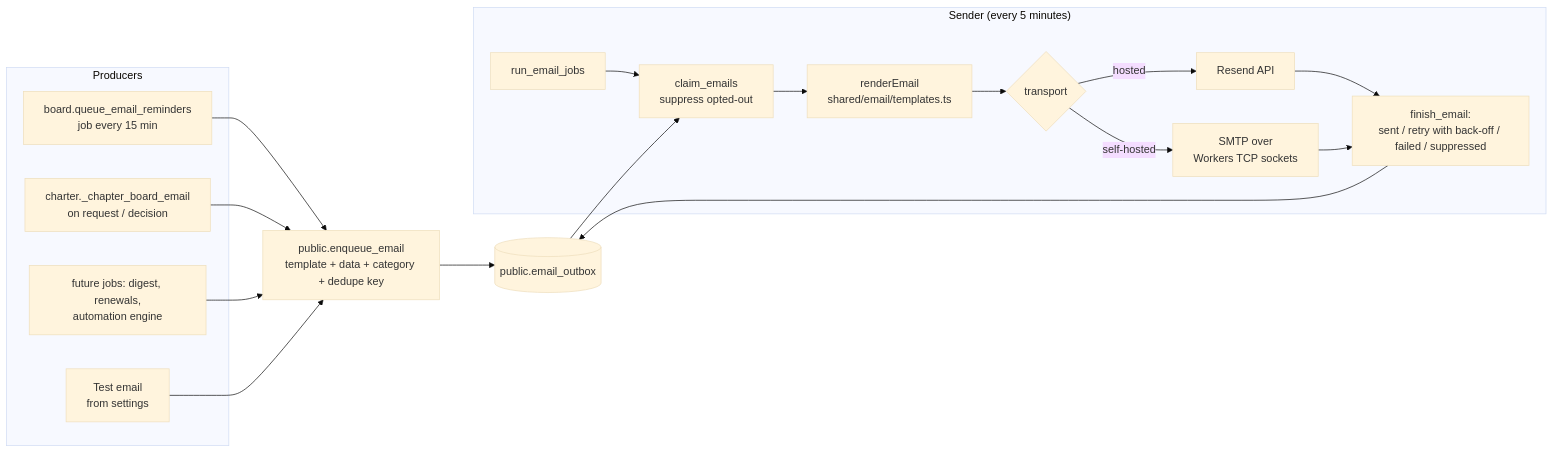
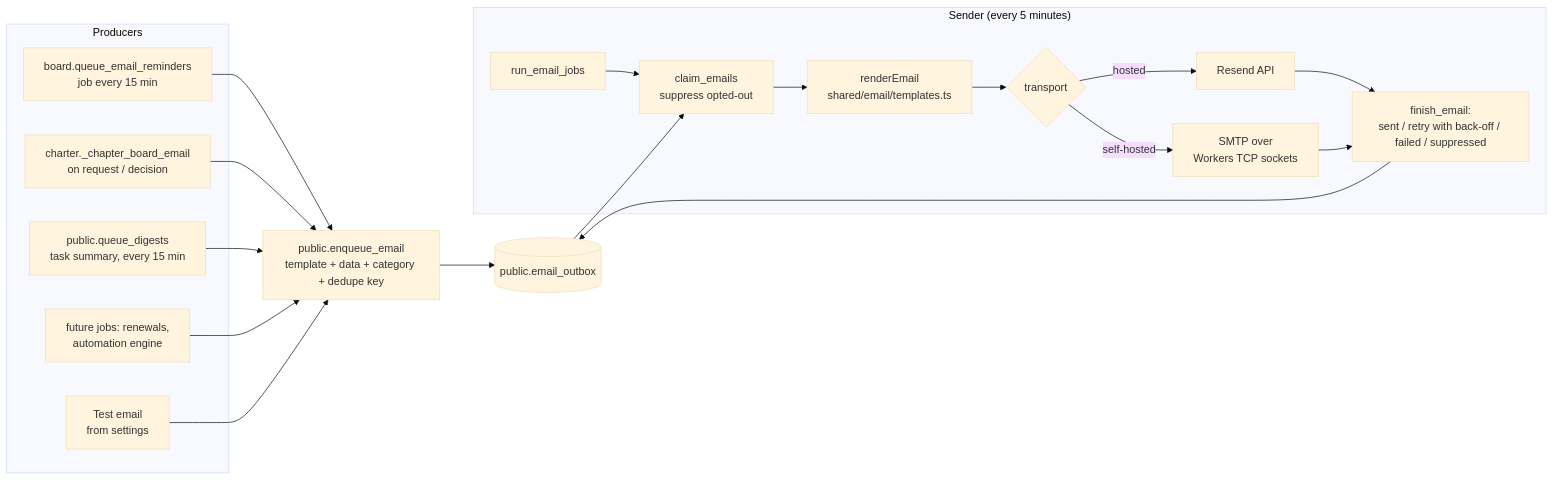
Before and after one commit to Nox-Mob/OpenAppHub: diagram 15 of 22 in docs/architecture.md, drawn with Mermaid (base theme). The commit also changed other lines of this file and 12 other files, not shown here.

First line of the commit message:
feat: task summary email with per-person settings (S-17, shared 1.10.0)

````diff
--- a/docs/architecture.md
+++ b/docs/architecture.md
@@ -613,21 +613,22 @@
 ```mermaid
 flowchart LR
     subgraph Producers
         J1[board.queue_email_reminders<br/>job every 15 min]
         J2[charter._chapter_board_email<br/>on request / decision]
-        J3[future jobs: digest, renewals,<br/>automation engine]
+        J4[public.queue_digests<br/>task summary, every 15 min]
+        J3[future jobs: renewals,<br/>automation engine]
         T[Test email<br/>from settings]
     end
-    J1 & J2 & J3 & T --> EQ[public.enqueue_email<br/>template + data + category + dedupe key]
+    J1 & J2 & J4 & J3 & T --> EQ[public.enqueue_email<br/>template + data + category + dedupe key]
     EQ --> OB[(public.email_outbox)]
     subgraph Sender["Sender (every 5 minutes)"]
         RJ[run_email_jobs] --> CL[claim_emails<br/>suppress opted-out]
         CL --> RN[renderEmail<br/>shared/email/templates.ts]
         RN --> TR{transport}
         TR -- hosted --> RS[Resend API]
         TR -- self-hosted --> SM[SMTP over<br/>Workers TCP sockets]
         RS & SM --> FIN[finish_email:<br/>sent / retry with back-off / failed / suppressed]
     end
     OB --> CL
     FIN --> OB
 ```
````
